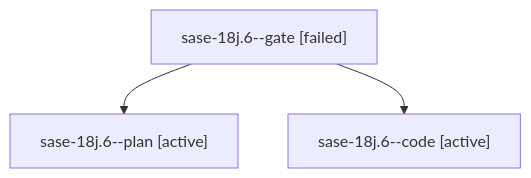
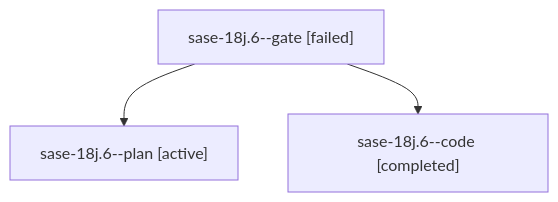
Before and after one commit to sase-org/sase--agents: the diagram in sessions/bbugyi200.athena.sase-18j.6.md, drawn with Mermaid. The commit also changed other lines of this file and 29 other files, not shown here.

````diff
--- a/sessions/bbugyi200.athena.sase-18j.6.md
+++ b/sessions/bbugyi200.athena.sase-18j.6.md
@@ -9,8 +9,8 @@
 ```mermaid
 flowchart TD
   n0["sase-18j.6--gate [failed]"]
   n1["sase-18j.6--plan [active]"]
   n0 --> n1
-  n2["sase-18j.6--code [active]"]
+  n2["sase-18j.6--code [completed]"]
   n0 --> n2
 ```
````
